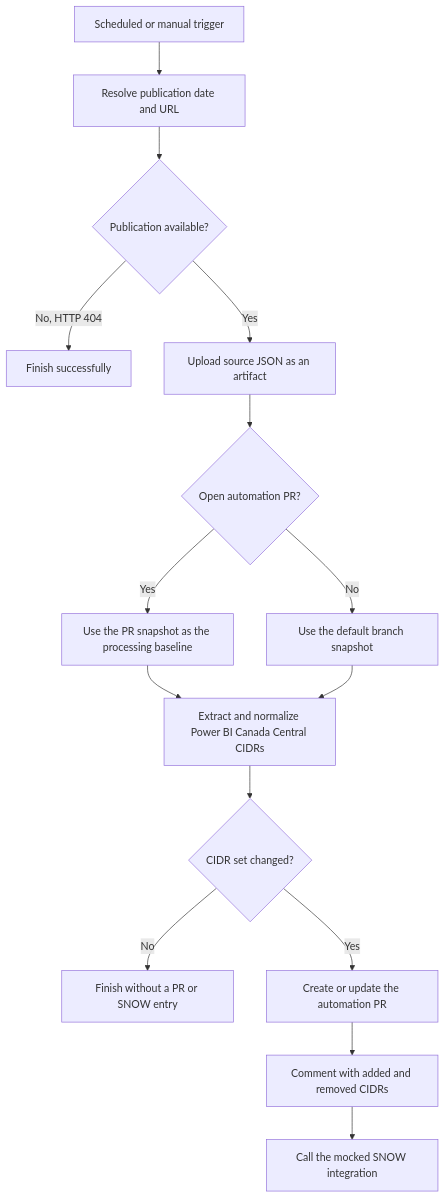
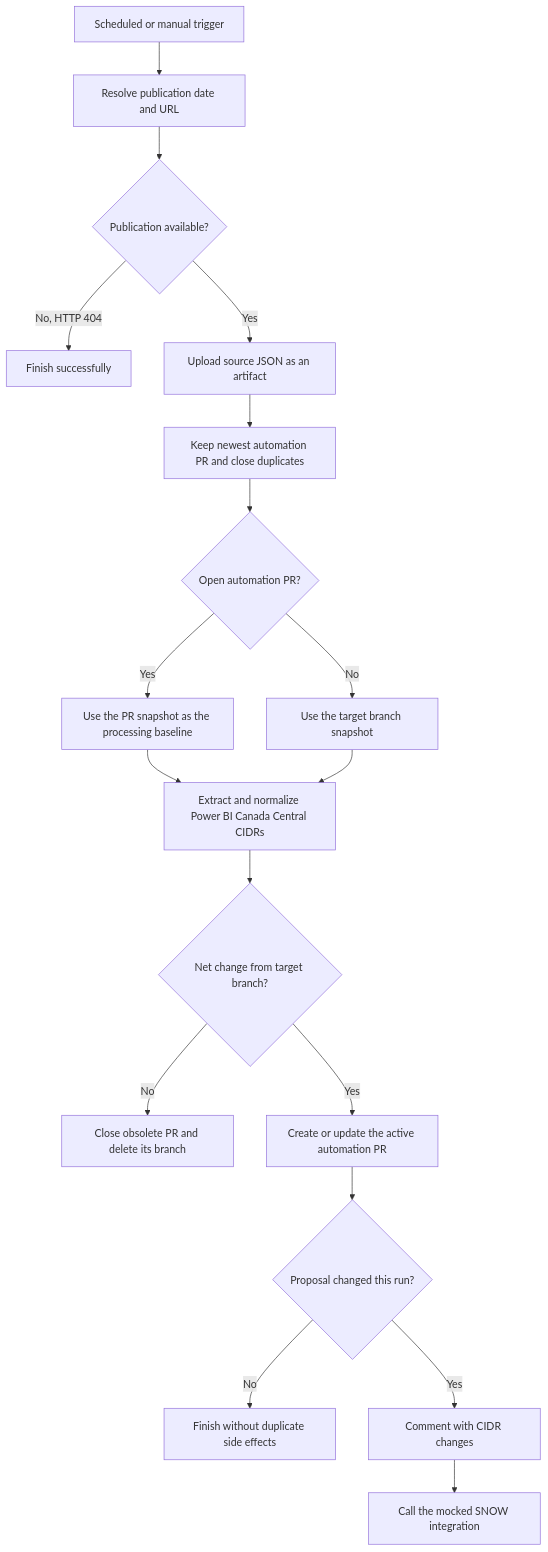
One commit to ricardocovo/ip-allow-workflow-poc changed the diagram in README.md. Above: the diagram before and after it, drawn with Mermaid. The commit also changed other lines of this file and 3 other files, not shown here.

````diff
--- a/README.md
+++ b/README.md
@@ -35,17 +39,20 @@
 ```mermaid
 flowchart TD
     A[Scheduled or manual trigger] --> B[Resolve publication date and URL]
     B --> C{Publication available?}
     C -- No, HTTP 404 --> D[Finish successfully]
     C -- Yes --> E[Upload source JSON as an artifact]
-    E --> F{Open automation PR?}
-    F -- Yes --> G[Use the PR snapshot as the processing baseline]
-    F -- No --> H[Use the default branch snapshot]
-    G --> I[Extract and normalize Power BI Canada Central CIDRs]
-    H --> I
-    I --> J{CIDR set changed?}
-    J -- No --> K[Finish without a PR or SNOW entry]
-    J -- Yes --> L[Create or update the automation PR]
-    L --> M[Comment with added and removed CIDRs]
-    M --> N[Call the mocked SNOW integration]
+    E --> F[Keep newest automation PR and close duplicates]
+    F --> G{Open automation PR?}
+    G -- Yes --> H[Use the PR snapshot as the processing baseline]
+    G -- No --> I[Use the target branch snapshot]
+    H --> J[Extract and normalize Power BI Canada Central CIDRs]
+    I --> J
+    J --> K{Net change from target branch?}
+    K -- No --> L[Close obsolete PR and delete its branch]
+    K -- Yes --> M[Create or update the active automation PR]
+    M --> N{Proposal changed this run?}
+    N -- No --> O[Finish without duplicate side effects]
+    N -- Yes --> P[Comment with CIDR changes]
+    P --> Q[Call the mocked SNOW integration]
 ```
````
